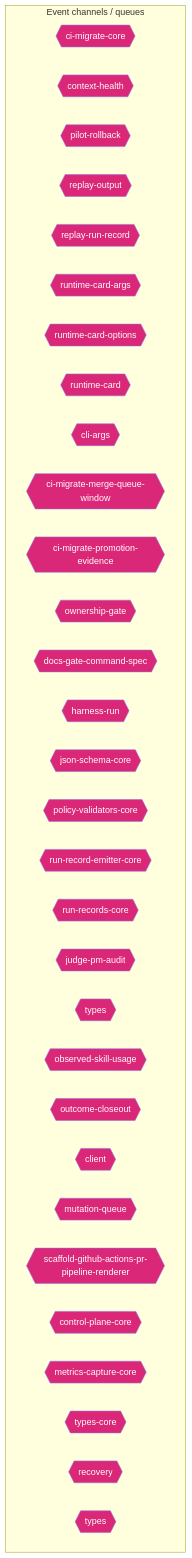
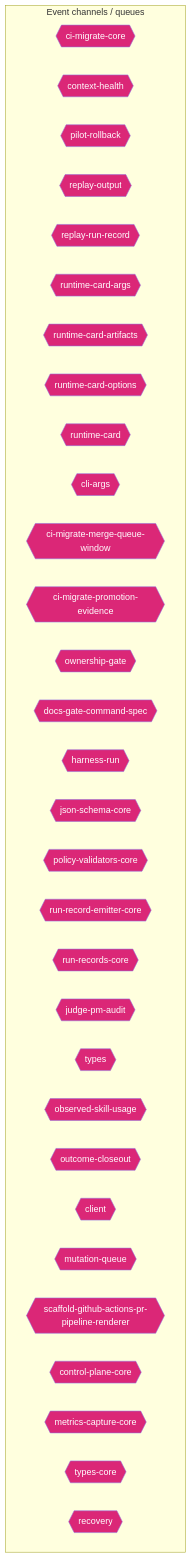
The ninth of 14 diagrams in AI/context/diagram-context.md (jscraik/coding-harness), drawn with Mermaid before and after one commit. The commit also changed other lines of this file and 21 other files, not shown here.

First line of the commit message:
feat(runtime): add runtime-card handoff packet

````diff
--- a/AI/context/diagram-context.md
+++ b/AI/context/diagram-context.md
@@ -1123,38 +1125,38 @@
 ```mermaid
 flowchart TD
   subgraph Channels["Event channels / queues"]
     ci_migrate_core_7005b5af{{"ci-migrate-core"}}
     context_health_80bb7da9{{"context-health"}}
     pilot_rollback_00c1f82c{{"pilot-rollback"}}
     replay_output_993eda9e{{"replay-output"}}
     replay_run_record_9a08cce2{{"replay-run-record"}}
     runtime_card_args_2b3d4b28{{"runtime-card-args"}}
+    runtime_card_artifacts_143b799c{{"runtime-card-artifacts"}}
     runtime_card_options_c9156ad5{{"runtime-card-options"}}
     runtime_card_e06b53e1{{"runtime-card"}}
     cli_args_1_6144b055{{"cli-args"}}
     ci_migrate_merge_queue_window_0070bd6d{{"ci-migrate-merge-queue-window"}}
     ci_migrate_promotion_evidence_1a2dc527{{"ci-migrate-promotion-evidence"}}
     ownership_gate_2e194d13{{"ownership-gate"}}
     docs_gate_command_spec_16795187{{"docs-gate-command-spec"}}
     harness_run_c0761792{{"harness-run"}}
     json_schema_core_96d7e328{{"json-schema-core"}}
     policy_validators_core_714a3fe7{{"policy-validators-core"}}
     run_record_emitter_core_688049d5{{"run-record-emitter-core"}}
     run_records_core_89286dfa{{"run-records-core"}}
     judge_pm_audit_ccd20b35{{"judge-pm-audit"}}
     types_8_f6283648{{"types"}}
     observed_skill_usage_ed7d5930{{"observed-skill-usage"}}
     outcome_closeout_ba497ec2{{"outcome-closeout"}}
     client_948fe603{{"client"}}
     mutation_queue_ce5a530e{{"mutation-queue"}}
     scaffold_github_actions_pr_pipeline_renderer_1ee18de5{{"scaffold-github-actions-pr-pipeline-renderer"}}
     control_plane_core_db3b4cb2{{"control-plane-core"}}
     metrics_capture_core_db4bf7cf{{"metrics-capture-core"}}
     types_core_1_8bd0f8fd{{"types-core"}}
     recovery_8c585378{{"recovery"}}
-    types_20_071a0112{{"types"}}
   end
   classDef eventNode fill:#db2777,color:#fff
-  class ci_migrate_core_7005b5af,context_health_80bb7da9,pilot_rollback_00c1f82c,replay_output_993eda9e,replay_run_record_9a08cce2,runtime_card_args_2b3d4b28,runtime_card_options_c9156ad5,runtime_card_e06b53e1,cli_args_1_6144b055,ci_migrate_merge_queue_window_0070bd6d,ci_migrate_promotion_evidence_1a2dc527,ownership_gate_2e194d13,docs_gate_command_spec_16795187,harness_run_c0761792,json_schema_core_96d7e328,policy_validators_core_714a3fe7,run_record_emitter_core_688049d5,run_records_core_89286dfa,judge_pm_audit_ccd20b35,types_8_f6283648,observed_skill_usage_ed7d5930,outcome_closeout_ba497ec2,client_948fe603,mutation_queue_ce5a530e,scaffold_github_actions_pr_pipeline_renderer_1ee18de5,control_plane_core_db3b4cb2,metrics_capture_core_db4bf7cf,types_core_1_8bd0f8fd,recovery_8c585378,types_20_071a0112 eventNode
+  class ci_migrate_core_7005b5af,context_health_80bb7da9,pilot_rollback_00c1f82c,replay_output_993eda9e,replay_run_record_9a08cce2,runtime_card_args_2b3d4b28,runtime_card_artifacts_143b799c,runtime_card_options_c9156ad5,runtime_card_e06b53e1,cli_args_1_6144b055,ci_migrate_merge_queue_window_0070bd6d,ci_migrate_promotion_evidence_1a2dc527,ownership_gate_2e194d13,docs_gate_command_spec_16795187,harness_run_c0761792,json_schema_core_96d7e328,policy_validators_core_714a3fe7,run_record_emitter_core_688049d5,run_records_core_89286dfa,judge_pm_audit_ccd20b35,types_8_f6283648,observed_skill_usage_ed7d5930,outcome_closeout_ba497ec2,client_948fe603,mutation_queue_ce5a530e,scaffold_github_actions_pr_pipeline_renderer_1ee18de5,control_plane_core_db3b4cb2,metrics_capture_core_db4bf7cf,types_core_1_8bd0f8fd,recovery_8c585378 eventNode
 
 ```
````
